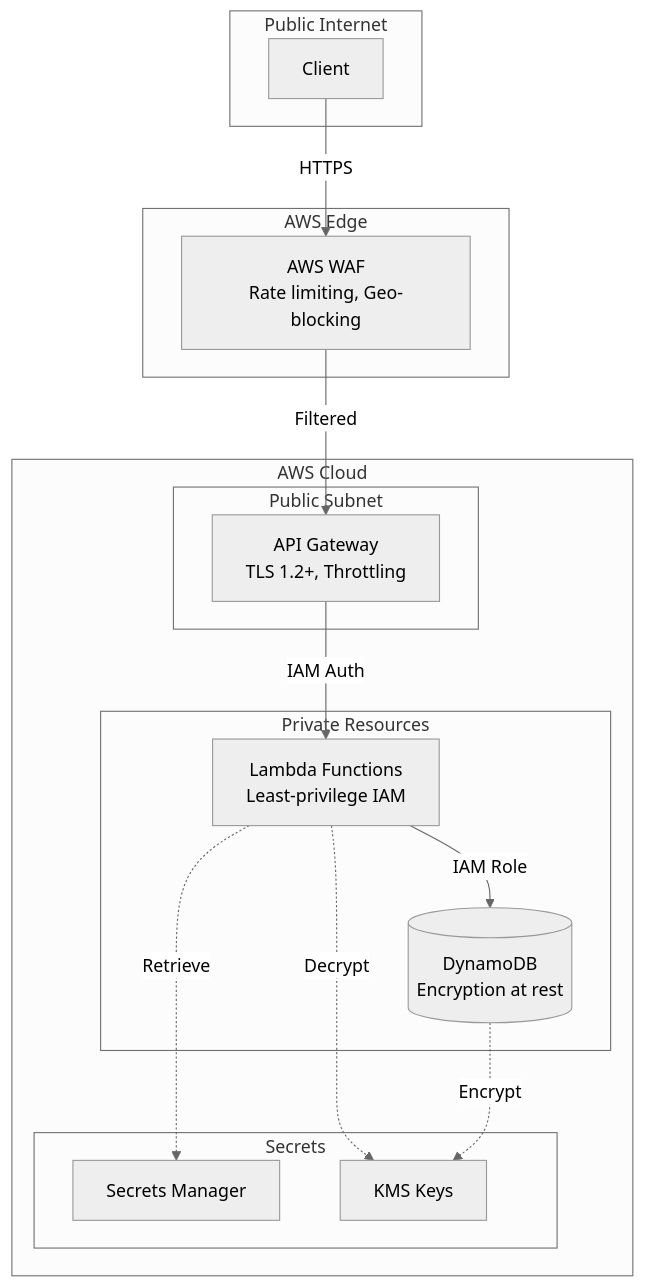
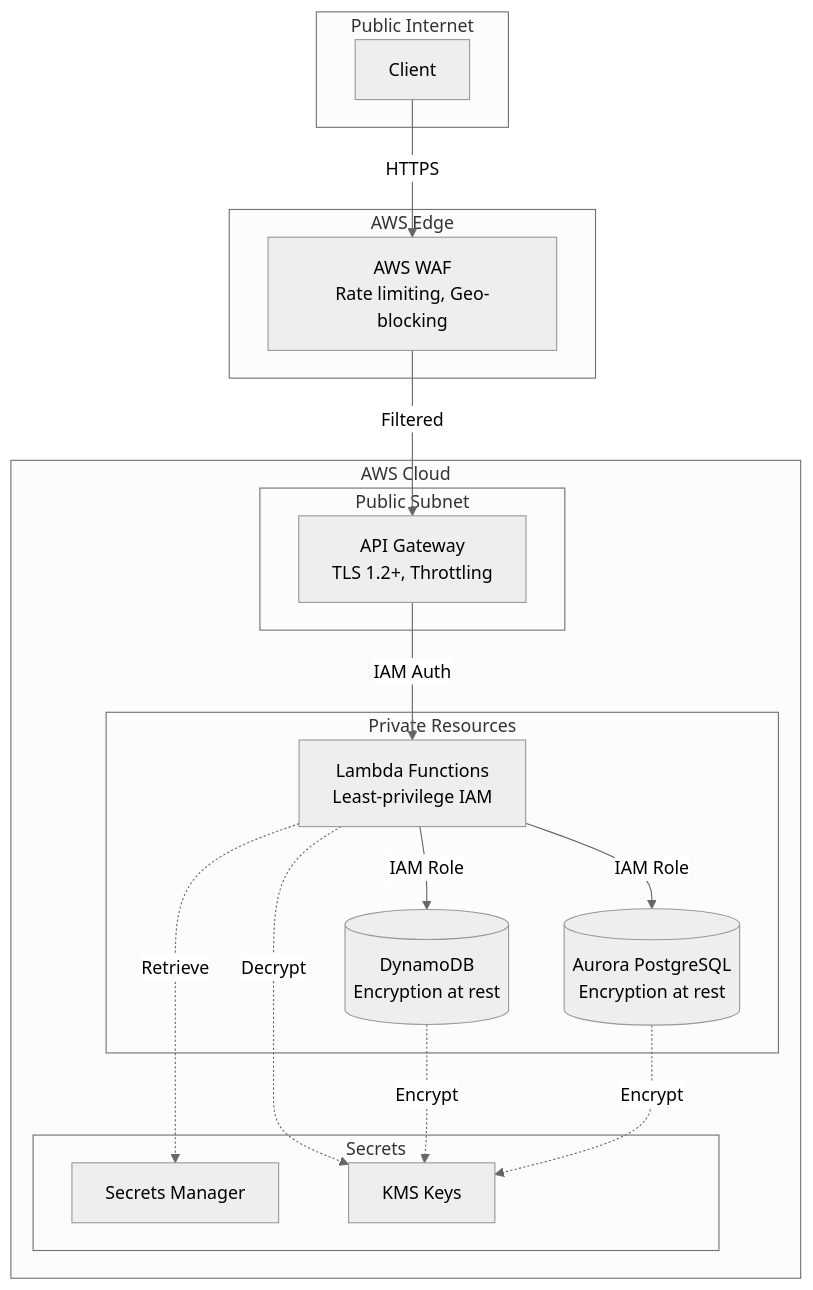
The seventh of 9 diagrams in docs/architecture/system-design.md (jujubear24/ai-customer-service-bot), drawn with Mermaid (neutral theme) before and after one commit. The commit also changed other lines of this file, not shown here.

First line of the commit message:
docs(architecture): update system-design.md for Phase 2 completion

````diff
--- a/docs/architecture/system-design.md
+++ b/docs/architecture/system-design.md
@@ -306,34 +488,37 @@
 ```mermaid
 flowchart TB
     subgraph Public Internet
         CLIENT[Client]
     end
 
     subgraph AWS Edge
         WAF[AWS WAF<br/>Rate limiting, Geo-blocking]
     end
 
     subgraph AWS Cloud
         subgraph Public Subnet
             APIGW[API Gateway<br/>TLS 1.2+, Throttling]
         end
 
         subgraph Private Resources
             LAMBDA[Lambda Functions<br/>Least-privilege IAM]
             DDB[(DynamoDB<br/>Encryption at rest)]
+            AURORA[(Aurora PostgreSQL<br/>Encryption at rest)]
         end
 
         subgraph Secrets
             SM[Secrets Manager]
             KMS[KMS Keys]
         end
     end
 
     CLIENT -->|HTTPS| WAF
     WAF -->|Filtered| APIGW
     APIGW -->|IAM Auth| LAMBDA
     LAMBDA -->|IAM Role| DDB
+    LAMBDA -->|IAM Role| AURORA
     LAMBDA -.->|Decrypt| KMS
     LAMBDA -.->|Retrieve| SM
     DDB -.->|Encrypt| KMS
+    AURORA -.->|Encrypt| KMS
 ```
````
